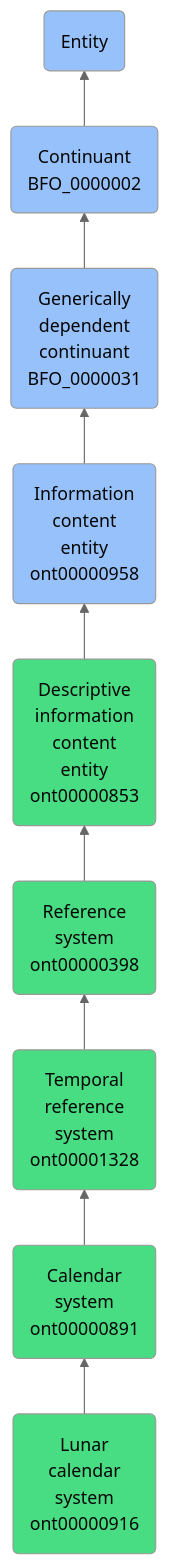
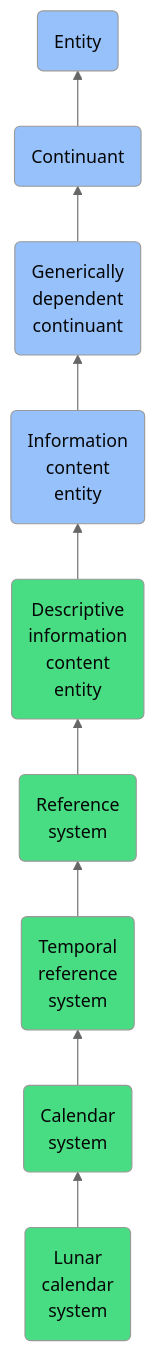
One commit to jupyter-naas/abi changed the diagram in docs/ontology/reference/model/Entity/Continuant/Generically dependent continuant/Information content entity/Descriptive information content entity/Reference system/Temporal reference system/Calendar system/Lunar calendar system/Lunar calendar system.md. Above: the diagram before and after it, drawn with Mermaid (neutral theme). The commit also changed other lines of this file and 1430 other files, not shown here.

````diff
--- a/docs/ontology/reference/model/Entity/Continuant/Generically dependent continuant/Information content entity/Descriptive information content entity/Reference system/Temporal reference system/Calendar system/Lunar calendar system/Lunar calendar system.md
+++ b/docs/ontology/reference/model/Entity/Continuant/Generically dependent continuant/Information content entity/Descriptive information content entity/Reference system/Temporal reference system/Calendar system/Lunar calendar system/Lunar calendar system.md
@@ -24,16 +24,16 @@
 ```mermaid
 graph BT
-    ont00000916(Lunar<br>calendar<br>system<br>ont00000916):::ABI-->ont00000891
-    ont00000891(Calendar<br>system<br>ont00000891):::ABI-->ont00001328
-    ont00001328(Temporal<br>reference<br>system<br>ont00001328):::ABI-->ont00000398
-    ont00000398(Reference<br>system<br>ont00000398):::ABI-->ont00000853
-    ont00000853(Descriptive<br>information<br>content<br>entity<br>ont00000853):::ABI-->ont00000958
-    ont00000958(Information<br>content<br>entity<br>ont00000958):::BFO-->BFO_0000031
-    BFO_0000031(Generically<br>dependent<br>continuant<br>BFO_0000031):::BFO-->BFO_0000002
-    BFO_0000002(Continuant<br>BFO_0000002):::BFO-->BFO_0000001
+    ont00000916(Lunar<br>calendar<br>system):::ABI-->ont00000891
+    ont00000891(Calendar<br>system):::ABI-->ont00001328
+    ont00001328(Temporal<br>reference<br>system):::ABI-->ont00000398
+    ont00000398(Reference<br>system):::ABI-->ont00000853
+    ont00000853(Descriptive<br>information<br>content<br>entity):::ABI-->ont00000958
+    ont00000958(Information<br>content<br>entity):::BFO-->BFO_0000031
+    BFO_0000031(Generically<br>dependent<br>continuant):::BFO-->BFO_0000002
+    BFO_0000002(Continuant):::BFO-->BFO_0000001
     BFO_0000001(Entity):::BFO
     
     classDef BFO fill:#97c1fb,color:#060606
     classDef CCO fill:#e4c51e,color:#060606
     classDef ABI fill:#48DD82,color:#060606
 ```
````
